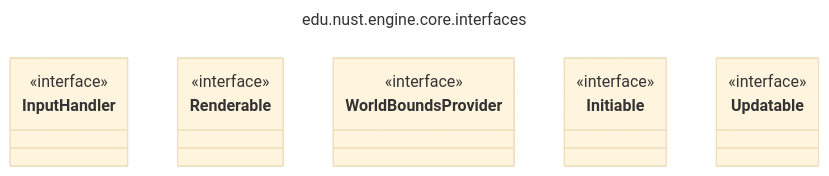
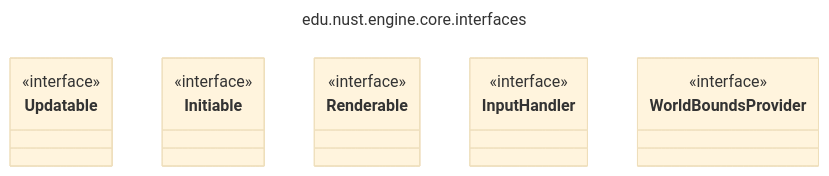
The diagram in uml/generated/mmd/package_edu_nust_engine_core_interfaces.mmd (zombie-zero-nust/zombie-zero), drawn with Mermaid (base theme) before and after one commit. The commit also changed other lines of this file and 77 other files, not shown here.

Commit message:
Generate UML from script

```diff
--- a/uml/generated/mmd/package_edu_nust_engine_core_interfaces.mmd
+++ b/uml/generated/mmd/package_edu_nust_engine_core_interfaces.mmd
@@ -1,16 +1,16 @@
 ---
 title: edu.nust.engine.core.interfaces
 config:
   look: classic
   layout: dagre
   flowchart:
     curve: linear
   class:
     defaultRenderer: dagre-wrapper
 ---
 classDiagram
+class Updatable <<interface>>
+class Initiable <<interface>>
+class Renderable <<interface>>
 class InputHandler <<interface>>
-class Renderable <<interface>>
 class WorldBoundsProvider <<interface>>
-class Initiable <<interface>>
-class Updatable <<interface>>
```
